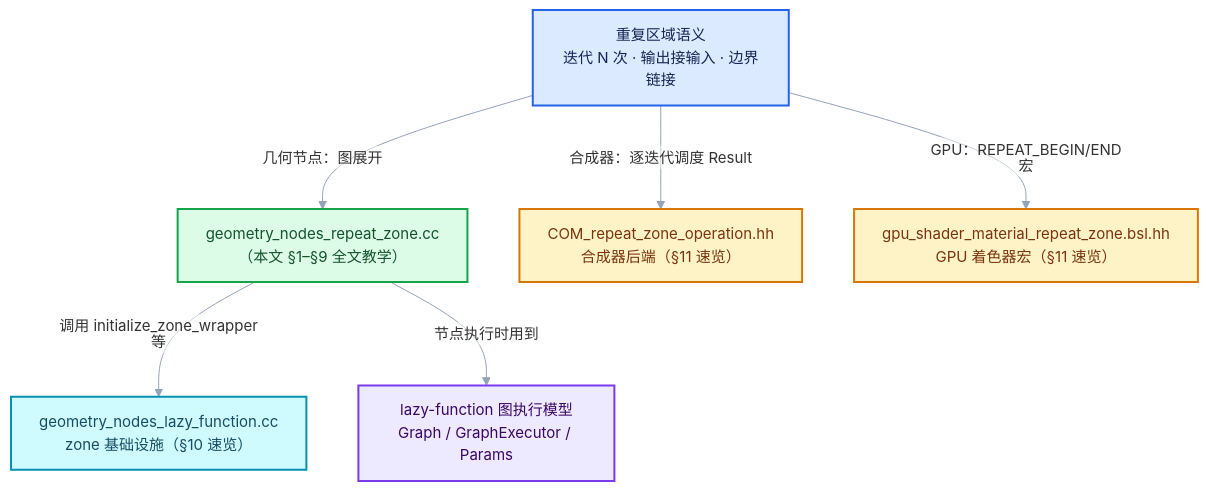
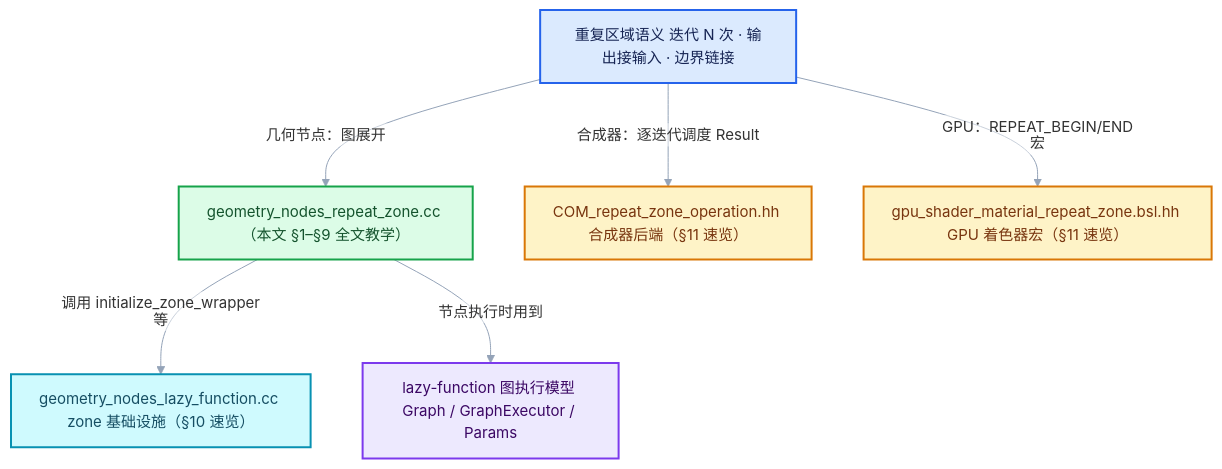
The first of 7 diagrams in 杂/markdown/重复区域-dsh/90-实现依赖专题/README.md (yunkezengren/blender-.vscode), drawn with Mermaid before and after one commit. The commit also changed other lines of this file and 27 other files, not shown here.

````diff
--- a/杂/markdown/重复区域-dsh/90-实现依赖专题/README.md
+++ b/杂/markdown/重复区域-dsh/90-实现依赖专题/README.md
@@ -43,21 +23,21 @@
 ```mermaid
 %%{init: {"theme":"base","themeVariables":{"fontFamily":"\"Segoe UI\",\"Microsoft YaHei\",sans-serif","fontSize":"15px","lineColor":"#94A3B8","edgeLabelBackground":"#FFFFFF","clusterBkg":"#F8FAFC","clusterBorder":"#CBD5E1"},"flowchart":{"htmlLabels":false,"curve":"basis","nodeSpacing":52,"rankSpacing":64,"padding":14,"diagramPadding":16,"useMaxWidth":true},"sequence":{"useMaxWidth":true,"wrap":true,"mirrorActors":false,"messageMargin":36}}}%%
 flowchart TB
-    A["geometry_nodes_repeat_zone.cc<br/>（本文 §1–§9 全文教学）"]:::result
-    B["geometry_nodes_lazy_function.cc<br/>zone 基础设施（§10 速览）"]:::data
-    C["COM_repeat_zone_operation.hh<br/>合成器后端（§11 速览）"]:::compute
-    D["gpu_shader_material_repeat_zone.bsl.hh<br/>GPU 着色器宏（§11 速览）"]:::compute
-    E["重复区域语义<br/>迭代 N 次 · 输出接输入 · 边界链接"]:::input
-    F["lazy-function 图执行模型<br/>Graph / GraphExecutor / Params"]:::abstraction
+    A["geometry_nodes_repeat_zone.cc （本文 §1–§9 全文教学）"]:::result
+    B["geometry_nodes_lazy_function.cc zone 基础设施（§10 速览）"]:::data
+    C["COM_repeat_zone_operation.hh 合成器后端（§11 速览）"]:::compute
+    D["gpu_shader_material_repeat_zone.bsl.hh GPU 着色器宏（§11 速览）"]:::compute
+    E["重复区域语义 迭代 N 次 · 输出接输入 · 边界链接"]:::input
+    F["lazy-function 图执行模型 Graph / GraphExecutor / Params"]:::abstraction
     E -->|"几何节点：图展开"| A
     A -->|"调用 initialize_zone_wrapper 等"| B
     A -->|"节点执行时用到"| F
     E -->|"合成器：逐迭代调度 Result"| C
     E -->|"GPU：REPEAT_BEGIN/END 宏"| D
     classDef input fill:#DBEAFE,stroke:#2563EB,color:#172554,stroke-width:2px;
     classDef data fill:#CFFAFE,stroke:#0891B2,color:#164E63,stroke-width:2px;
     classDef abstraction fill:#EDE9FE,stroke:#7C3AED,color:#3B0764,stroke-width:2px;
     classDef compute fill:#FEF3C7,stroke:#D97706,color:#78350F,stroke-width:2px;
     classDef result fill:#DCFCE7,stroke:#16A34A,color:#14532D,stroke-width:2px;
     classDef error fill:#FEE2E2,stroke:#DC2626,color:#7F1D1D,stroke-width:2px;
 ```
````
